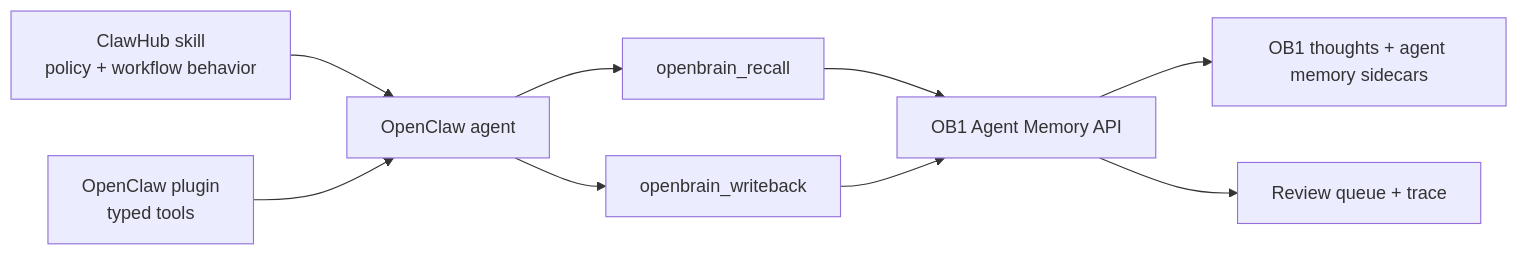
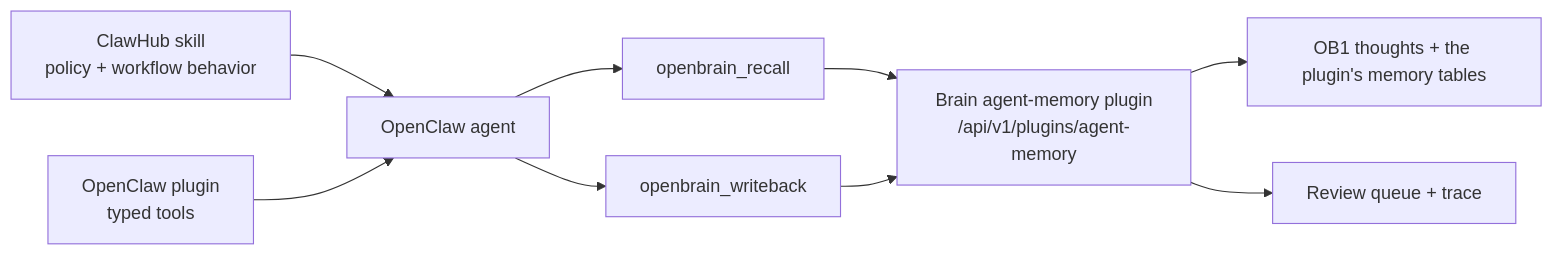
The diagram in integrations/openclaw-agent-memory/README.md (MHarris-SgyMd/OB1), drawn with Mermaid before and after one commit. The commit also changed other lines of this file and 30 other files, not shown here.

````diff
--- a/integrations/openclaw-agent-memory/README.md
+++ b/integrations/openclaw-agent-memory/README.md
@@ -5,11 +5,11 @@
 ```mermaid
 flowchart LR
   Skill["ClawHub skill<br/>policy + workflow behavior"] --> Agent["OpenClaw agent"]
   Plugin["OpenClaw plugin<br/>typed tools"] --> Agent
   Agent --> Recall["openbrain_recall"]
   Agent --> Writeback["openbrain_writeback"]
-  Recall --> API["OB1 Agent Memory API"]
+  Recall --> API["Brain agent-memory plugin<br/>/api/v1/plugins/agent-memory"]
   Writeback --> API
-  API --> OB1["OB1 thoughts + agent memory sidecars"]
+  API --> OB1["OB1 thoughts + the plugin's memory tables"]
   API --> Review["Review queue + trace"]
 ```
````
